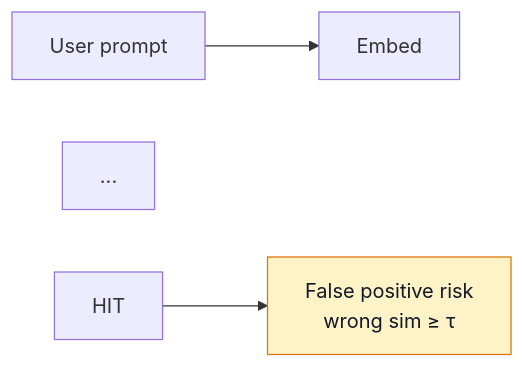
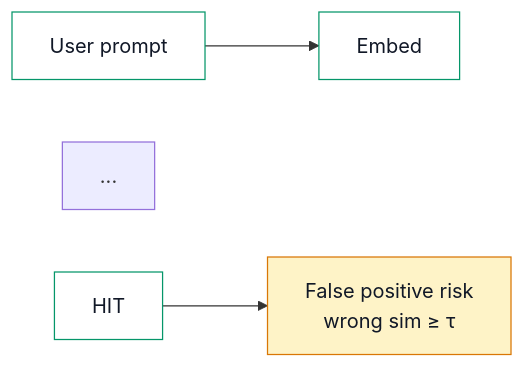
The third of 4 diagrams in blog/DIAGRAM-STYLE.md (AkshantVats/Profile), drawn with Mermaid before and after one commit. The commit also changed other lines of this file and 5 other files, not shown here.

First line of the commit message:
fix(blog): Mermaid light/dark palette via theme base + classDef swap

````diff
--- a/blog/DIAGRAM-STYLE.md
+++ b/blog/DIAGRAM-STYLE.md
@@ -34,7 +79,9 @@
 ```mermaid
 flowchart LR
   Q[User prompt] --> EMB[Embed]
   ...
   HIT --> FP["False positive risk\nwrong sim ≥ τ"]
+  classDef pipeline fill:#ffffff,stroke:#059669,color:#111827
+  class Q,EMB,ANN,T,HIT,LLM,STORE pipeline
   style FP fill:#fef3c7,stroke:#d97706,color:#111827
 ```
````
